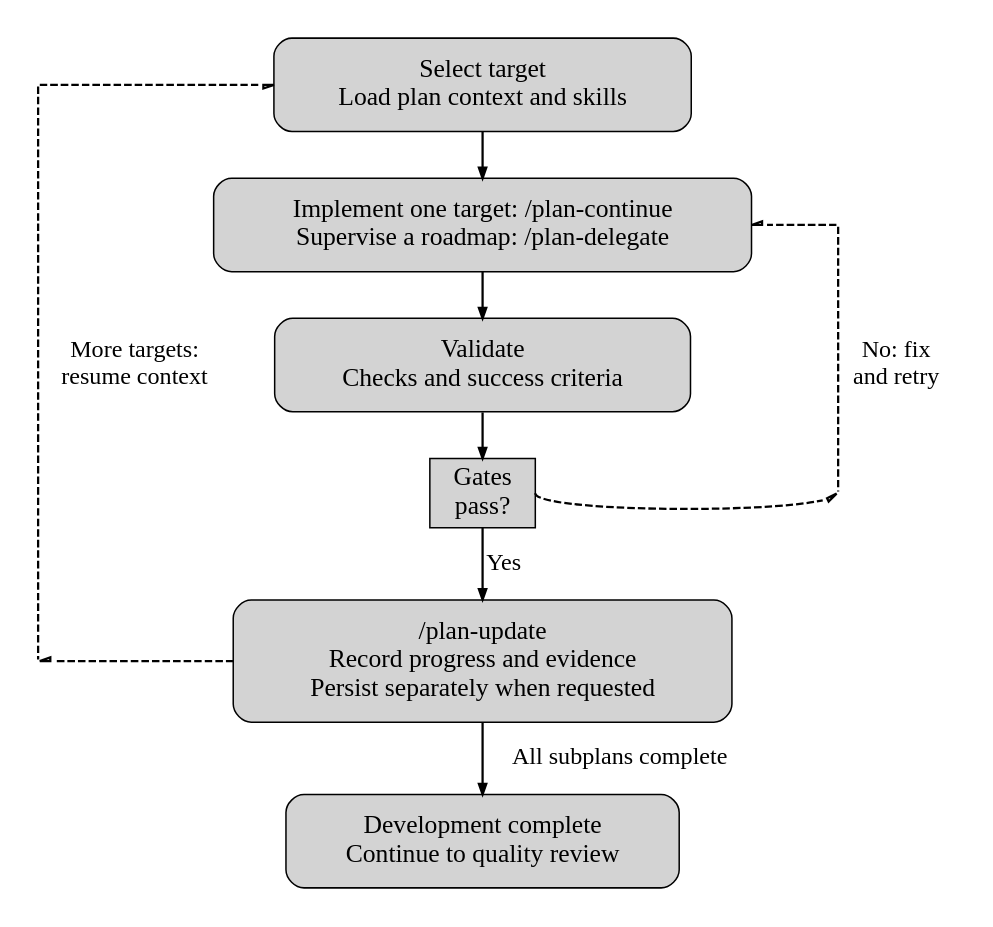
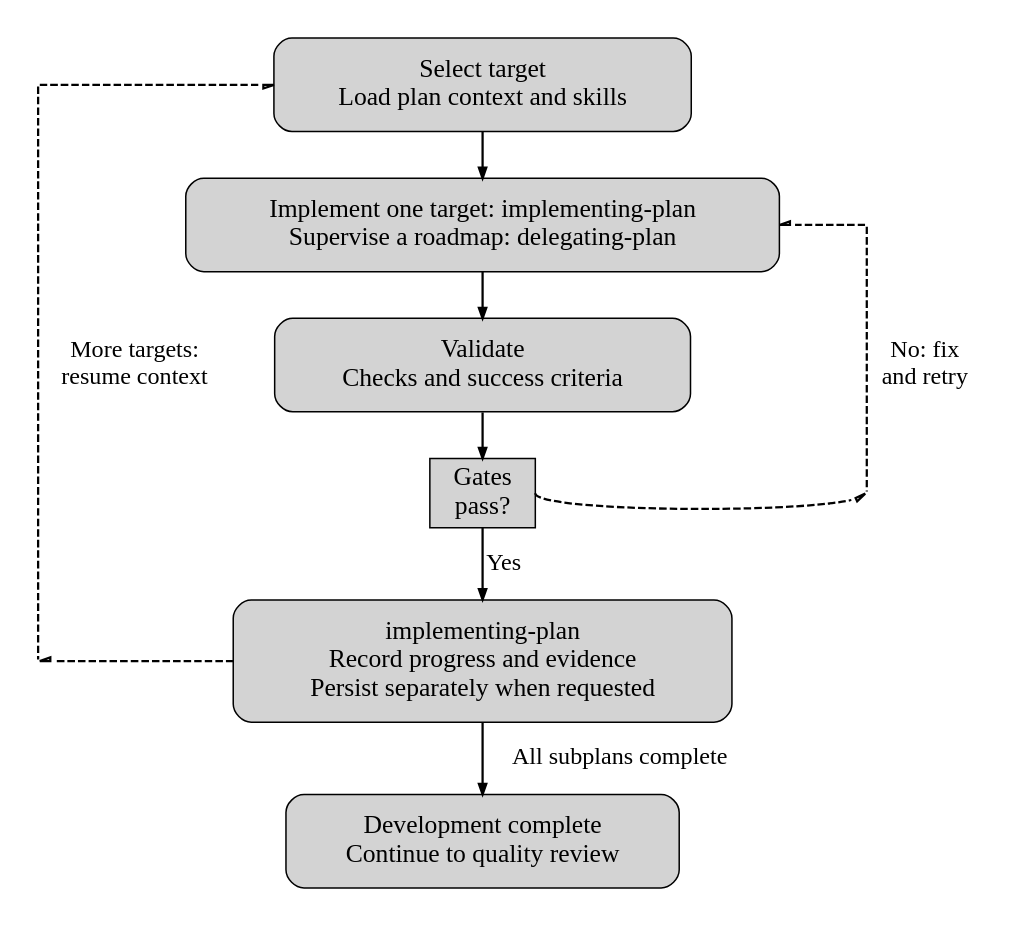
One commit to xonovex/platform changed the diagram in packages/runtime/plugin/plugin-workflow/diagrams/development-cycle.dot. Above: the diagram before and after it, drawn with Graphviz. The commit also changed 265 other files, not shown here.

```diff
--- a/packages/runtime/plugin/plugin-workflow/diagrams/development-cycle.dot
+++ b/packages/runtime/plugin/plugin-workflow/diagrams/development-cycle.dot
@@ -1,38 +1,38 @@
 digraph diagram {
   graph [rankdir=TB, pad=0.25, nodesep=0.4, ranksep=0.4, splines=polyline]
   node [shape=box, style="rounded,filled", fontsize=17, margin="0.22,0.16", group=steps]
   edge [fontsize=16, penwidth=1.5, arrowsize=0.7]
 
   next [label="Select target\nLoad plan context and skills"]
-  implement [label="Implement one target: /plan-continue\nSupervise a roadmap: /plan-delegate"]
+  implement [label="Implement one target: implementing-plan\nSupervise a roadmap: delegating-plan"]
   validate [label="Validate\nChecks and success criteria"]
   gates [label="Gates\npass?", role="decision", style=filled, margin="0.14,0.06"]
-  update [label="/plan-update\nRecord progress and evidence\nPersist separately when requested"]
+  update [label="implementing-plan\nRecord progress and evidence\nPersist separately when requested"]
   complete [label="Development complete\nContinue to quality review", role="strong"]
 
   node [shape=point, width=0, height=0, label="", style=invis]
   resume_top [group=resume]
   resume_bottom [group=resume]
   retry_top [group=retry]
   retry_bottom [group=retry]
 
   { rank=same; resume_top; next }
   { rank=same; implement; retry_top }
   { rank=same; gates; retry_bottom }
   { rank=same; resume_bottom; update }
 
   next -> implement -> validate -> gates [weight=20]
   gates -> update [label="Yes"]
   update -> complete [label="All subplans complete"]
 
   resume_bottom -> update [style=invis]
   implement -> retry_top [style=invis]
 
   edge [role=retry, style=dashed]
   gates:e -> retry_bottom [arrowhead=none, constraint=false]
   retry_top -> retry_bottom [label="No: fix\nand retry", arrowhead=none, weight=20]
   retry_top -> implement:e [constraint=false]
   update:w -> resume_bottom [arrowhead=none, constraint=false]
   resume_top -> resume_bottom [label="More targets:\nresume context", arrowhead=none, weight=20]
   resume_top -> next:w
 }
```
